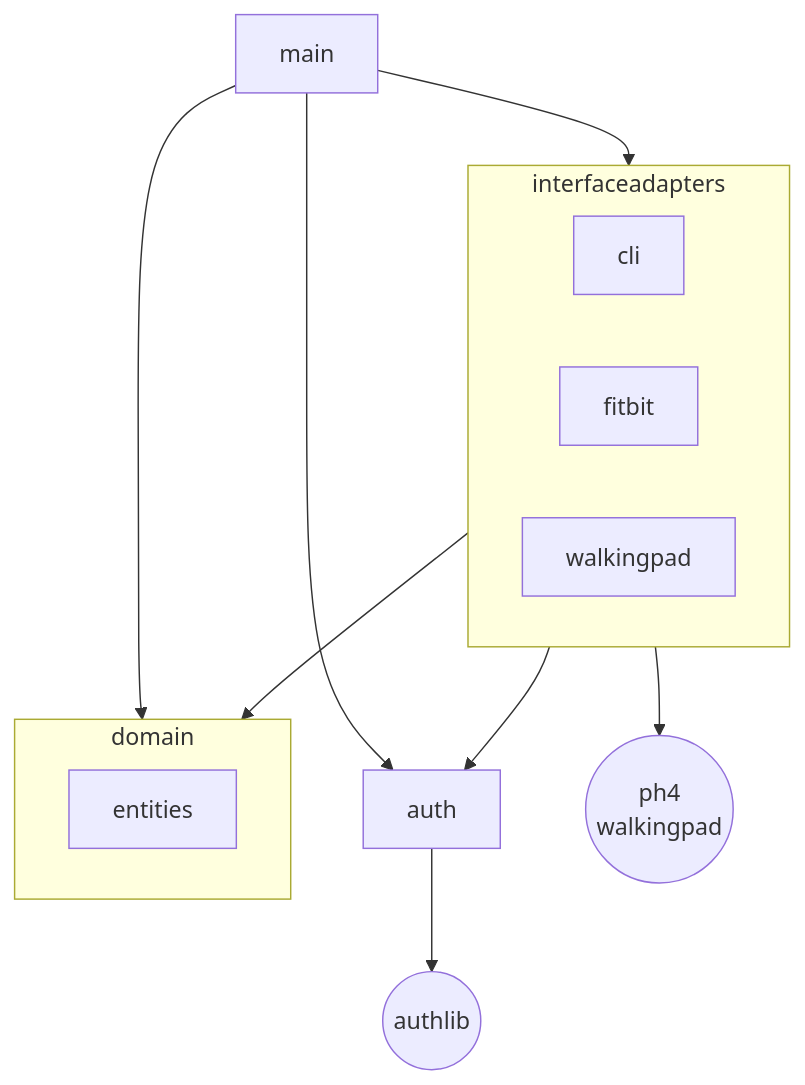
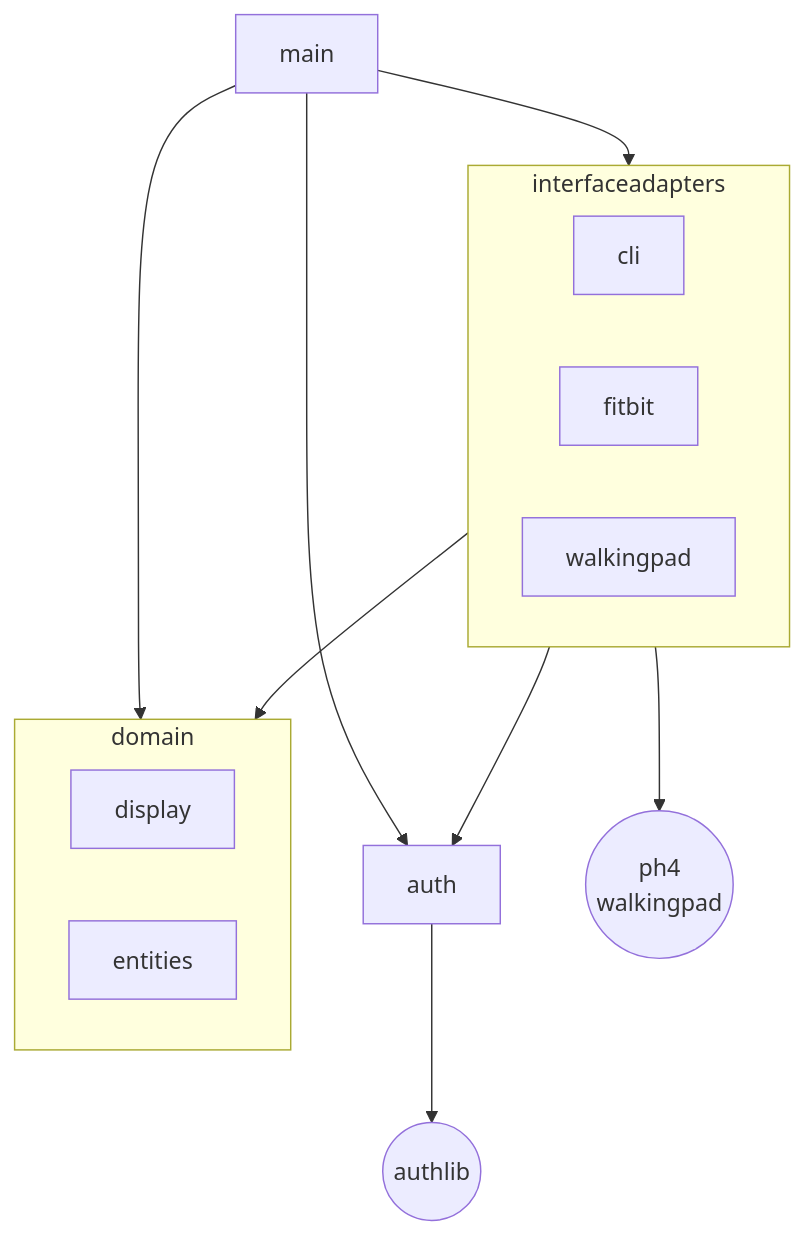
One commit to caarmen/walkingpad-fitbit changed the second of 3 diagrams in docs/architecture.md. Above: the diagram before and after it, drawn with Mermaid. The commit also changed other lines of this file, not shown here.

Commit message:
Update architecture documentation to reflect current state.

````diff
--- a/docs/architecture.md
+++ b/docs/architecture.md
@@ -27,26 +27,27 @@
 ```mermaid
 flowchart TD
     main
     auth
     subgraph domain
+        display
         entities
     end
     subgraph interfaceadapters
         cli
         fitbit
         walkingpad
     end
 
     authlib(("authlib"))
     ph4_walkingpad(("ph4<br>walkingpad"))
 
     main --> auth
     main --> domain
     main --> interfaceadapters
 
     interfaceadapters --> domain
     interfaceadapters --> auth
 
     interfaceadapters --> ph4_walkingpad
     auth --> authlib
 ```
````
